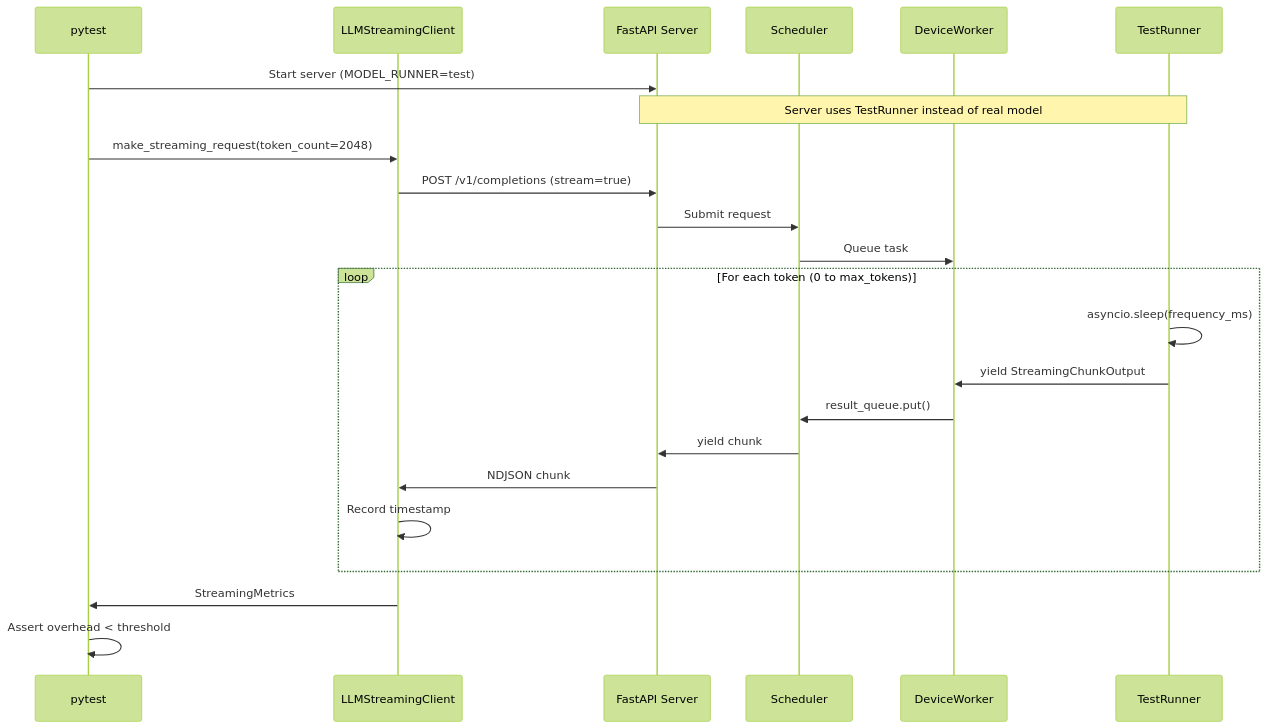
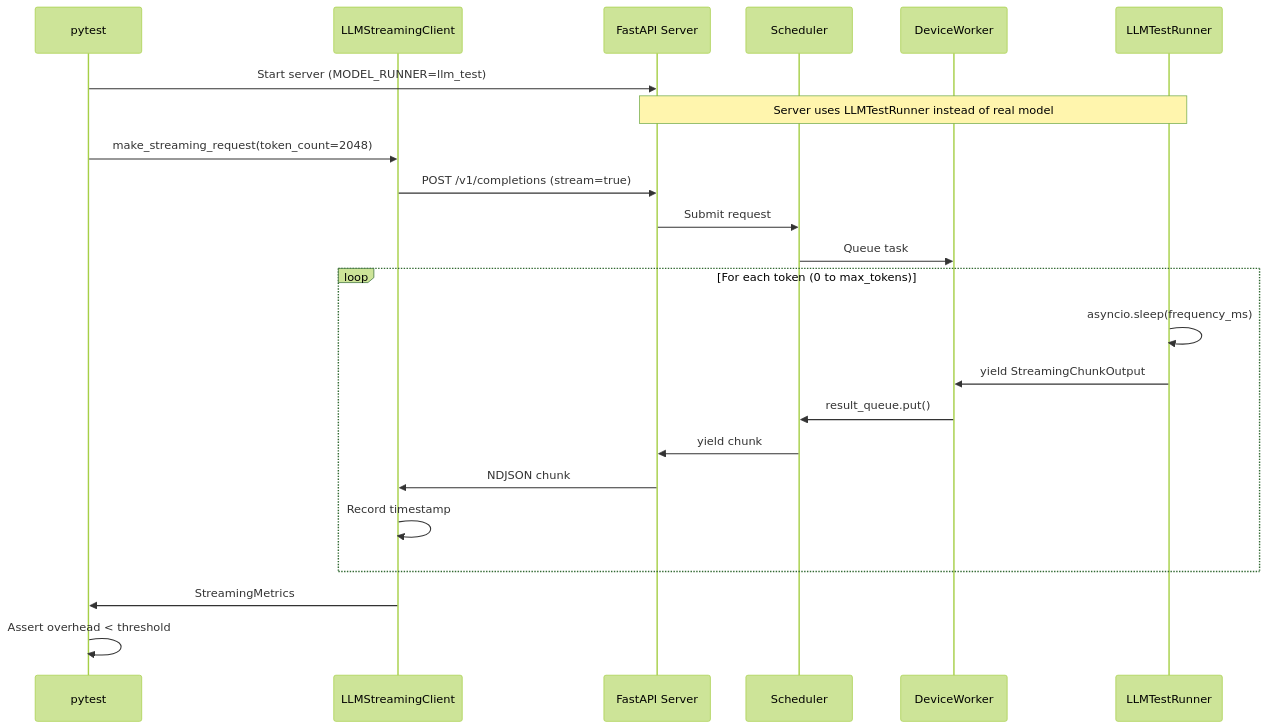
One commit to tenstorrent/tt-inference-server changed the diagram in tt-media-server/performance_tests/README.md. Above: the diagram before and after it, drawn with Mermaid (forest theme). The commit also changed other lines of this file and 7 other files, not shown here.

First line of the commit message:
Improve LLM performance test (#1787)

````diff
--- a/tt-media-server/performance_tests/README.md
+++ b/tt-media-server/performance_tests/README.md
@@ -7,29 +7,29 @@
 ```mermaid
 sequenceDiagram
     participant Test as pytest
     participant Client as LLMStreamingClient
     participant Server as FastAPI Server
     participant Scheduler as Scheduler
     participant Worker as DeviceWorker
-    participant Runner as TestRunner
+    participant Runner as LLMTestRunner
 
-    Test->>Server: Start server (MODEL_RUNNER=test)
-    Note over Server,Runner: Server uses TestRunner instead of real model
+    Test->>Server: Start server (MODEL_RUNNER=llm_test)
+    Note over Server,Runner: Server uses LLMTestRunner instead of real model
 
     Test->>Client: make_streaming_request(token_count=2048)
     Client->>Server: POST /v1/completions (stream=true)
     Server->>Scheduler: Submit request
     Scheduler->>Worker: Queue task
 
     loop For each token (0 to max_tokens)
         Runner->>Runner: asyncio.sleep(frequency_ms)
         Runner->>Worker: yield StreamingChunkOutput
         Worker->>Scheduler: result_queue.put()
         Scheduler->>Server: yield chunk
         Server->>Client: NDJSON chunk
         Client->>Client: Record timestamp
     end
 
     Client->>Test: StreamingMetrics
     Test->>Test: Assert overhead < threshold
 ```
````
